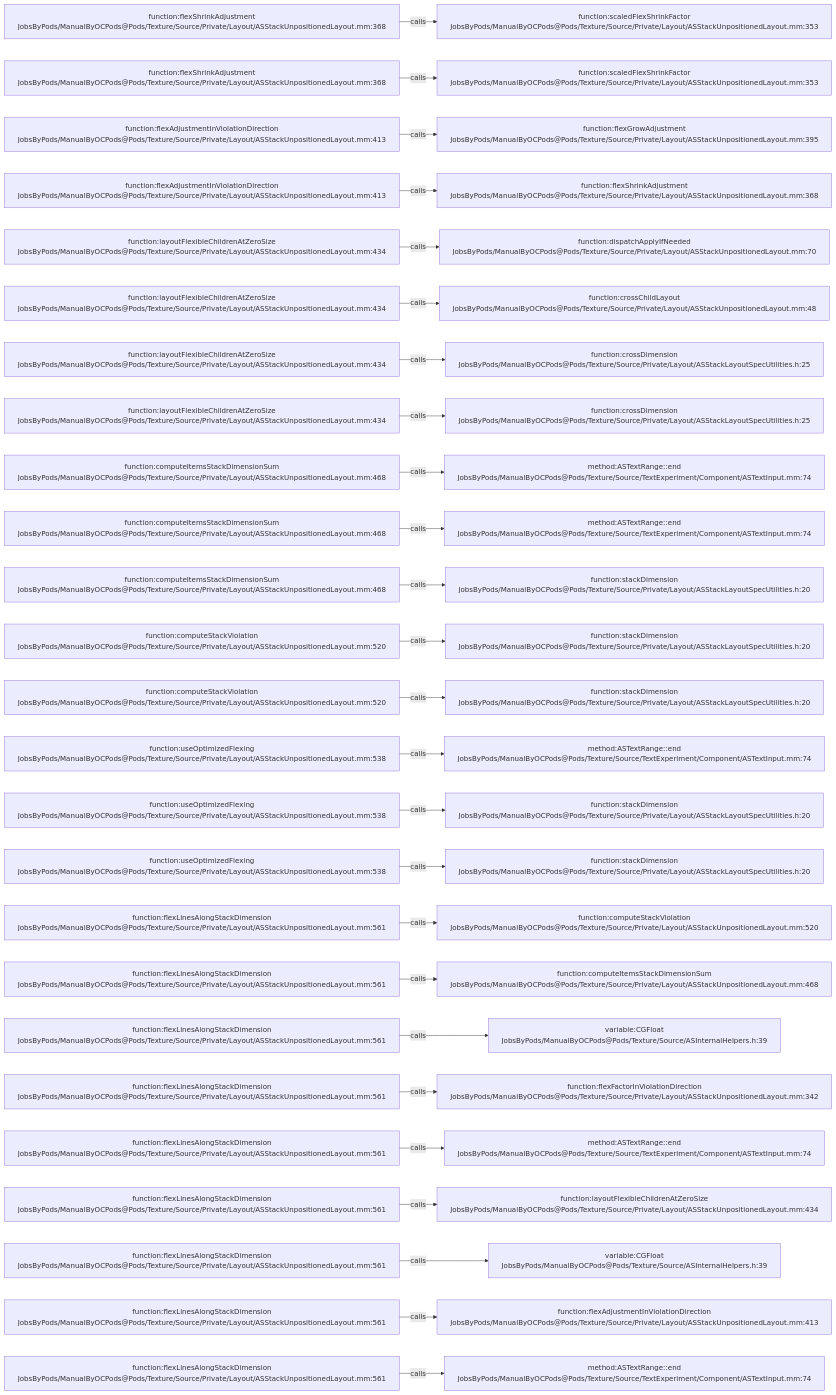
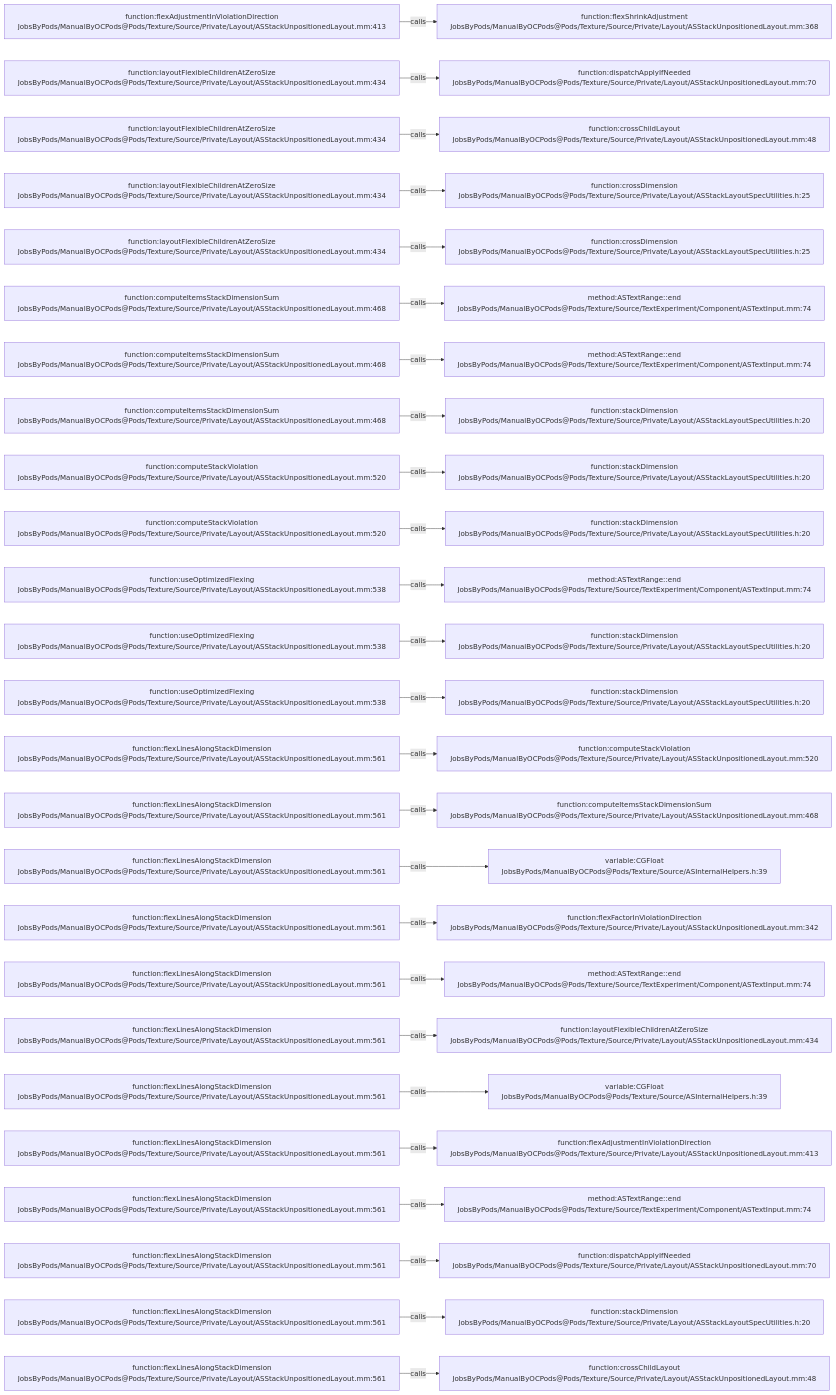
The diagram in .codegraph/codegraph.md/graphs/calls-197.md (JobsKits/JobsOCBaseConfigDemo), drawn with Mermaid before and after one commit. The commit also changed 342 other files, not shown here.

````diff
--- a/.codegraph/codegraph.md/graphs/calls-197.md
+++ b/.codegraph/codegraph.md/graphs/calls-197.md
@@ -13,78 +13,78 @@
 ```mermaid
 flowchart LR
-  S1["function:flexShrinkAdjustment<br/>JobsByPods/ManualByOCPods@Pods/Texture/Source/Private/Layout/ASStackUnpositionedLayout.mm:368"]
-  T1["function:scaledFlexShrinkFactor<br/>JobsByPods/ManualByOCPods@Pods/Texture/Source/Private/Layout/ASStackUnpositionedLayout.mm:353"]
+  S1["function:flexAdjustmentInViolationDirection<br/>JobsByPods/ManualByOCPods@Pods/Texture/Source/Private/Layout/ASStackUnpositionedLayout.mm:413"]
+  T1["function:flexShrinkAdjustment<br/>JobsByPods/ManualByOCPods@Pods/Texture/Source/Private/Layout/ASStackUnpositionedLayout.mm:368"]
   S1 -->|calls| T1
-  S2["function:flexShrinkAdjustment<br/>JobsByPods/ManualByOCPods@Pods/Texture/Source/Private/Layout/ASStackUnpositionedLayout.mm:368"]
-  T2["function:scaledFlexShrinkFactor<br/>JobsByPods/ManualByOCPods@Pods/Texture/Source/Private/Layout/ASStackUnpositionedLayout.mm:353"]
+  S2["function:layoutFlexibleChildrenAtZeroSize<br/>JobsByPods/ManualByOCPods@Pods/Texture/Source/Private/Layout/ASStackUnpositionedLayout.mm:434"]
+  T2["function:dispatchApplyIfNeeded<br/>JobsByPods/ManualByOCPods@Pods/Texture/Source/Private/Layout/ASStackUnpositionedLayout.mm:70"]
   S2 -->|calls| T2
-  S3["function:flexAdjustmentInViolationDirection<br/>JobsByPods/ManualByOCPods@Pods/Texture/Source/Private/Layout/ASStackUnpositionedLayout.mm:413"]
-  T3["function:flexGrowAdjustment<br/>JobsByPods/ManualByOCPods@Pods/Texture/Source/Private/Layout/ASStackUnpositionedLayout.mm:395"]
+  S3["function:layoutFlexibleChildrenAtZeroSize<br/>JobsByPods/ManualByOCPods@Pods/Texture/Source/Private/Layout/ASStackUnpositionedLayout.mm:434"]
+  T3["function:crossChildLayout<br/>JobsByPods/ManualByOCPods@Pods/Texture/Source/Private/Layout/ASStackUnpositionedLayout.mm:48"]
   S3 -->|calls| T3
-  S4["function:flexAdjustmentInViolationDirection<br/>JobsByPods/ManualByOCPods@Pods/Texture/Source/Private/Layout/ASStackUnpositionedLayout.mm:413"]
-  T4["function:flexShrinkAdjustment<br/>JobsByPods/ManualByOCPods@Pods/Texture/Source/Private/Layout/ASStackUnpositionedLayout.mm:368"]
+  S4["function:layoutFlexibleChildrenAtZeroSize<br/>JobsByPods/ManualByOCPods@Pods/Texture/Source/Private/Layout/ASStackUnpositionedLayout.mm:434"]
+  T4["function:crossDimension<br/>JobsByPods/ManualByOCPods@Pods/Texture/Source/Private/Layout/ASStackLayoutSpecUtilities.h:25"]
   S4 -->|calls| T4
   S5["function:layoutFlexibleChildrenAtZeroSize<br/>JobsByPods/ManualByOCPods@Pods/Texture/Source/Private/Layout/ASStackUnpositionedLayout.mm:434"]
-  T5["function:dispatchApplyIfNeeded<br/>JobsByPods/ManualByOCPods@Pods/Texture/Source/Private/Layout/ASStackUnpositionedLayout.mm:70"]
+  T5["function:crossDimension<br/>JobsByPods/ManualByOCPods@Pods/Texture/Source/Private/Layout/ASStackLayoutSpecUtilities.h:25"]
   S5 -->|calls| T5
-  S6["function:layoutFlexibleChildrenAtZeroSize<br/>JobsByPods/ManualByOCPods@Pods/Texture/Source/Private/Layout/ASStackUnpositionedLayout.mm:434"]
-  T6["function:crossChildLayout<br/>JobsByPods/ManualByOCPods@Pods/Texture/Source/Private/Layout/ASStackUnpositionedLayout.mm:48"]
+  S6["function:computeItemsStackDimensionSum<br/>JobsByPods/ManualByOCPods@Pods/Texture/Source/Private/Layout/ASStackUnpositionedLayout.mm:468"]
+  T6["method:ASTextRange::end<br/>JobsByPods/ManualByOCPods@Pods/Texture/Source/TextExperiment/Component/ASTextInput.mm:74"]
   S6 -->|calls| T6
-  S7["function:layoutFlexibleChildrenAtZeroSize<br/>JobsByPods/ManualByOCPods@Pods/Texture/Source/Private/Layout/ASStackUnpositionedLayout.mm:434"]
-  T7["function:crossDimension<br/>JobsByPods/ManualByOCPods@Pods/Texture/Source/Private/Layout/ASStackLayoutSpecUtilities.h:25"]
+  S7["function:computeItemsStackDimensionSum<br/>JobsByPods/ManualByOCPods@Pods/Texture/Source/Private/Layout/ASStackUnpositionedLayout.mm:468"]
+  T7["method:ASTextRange::end<br/>JobsByPods/ManualByOCPods@Pods/Texture/Source/TextExperiment/Component/ASTextInput.mm:74"]
   S7 -->|calls| T7
-  S8["function:layoutFlexibleChildrenAtZeroSize<br/>JobsByPods/ManualByOCPods@Pods/Texture/Source/Private/Layout/ASStackUnpositionedLayout.mm:434"]
-  T8["function:crossDimension<br/>JobsByPods/ManualByOCPods@Pods/Texture/Source/Private/Layout/ASStackLayoutSpecUtilities.h:25"]
+  S8["function:computeItemsStackDimensionSum<br/>JobsByPods/ManualByOCPods@Pods/Texture/Source/Private/Layout/ASStackUnpositionedLayout.mm:468"]
+  T8["function:stackDimension<br/>JobsByPods/ManualByOCPods@Pods/Texture/Source/Private/Layout/ASStackLayoutSpecUtilities.h:20"]
   S8 -->|calls| T8
-  S9["function:computeItemsStackDimensionSum<br/>JobsByPods/ManualByOCPods@Pods/Texture/Source/Private/Layout/ASStackUnpositionedLayout.mm:468"]
-  T9["method:ASTextRange::end<br/>JobsByPods/ManualByOCPods@Pods/Texture/Source/TextExperiment/Component/ASTextInput.mm:74"]
+  S9["function:computeStackViolation<br/>JobsByPods/ManualByOCPods@Pods/Texture/Source/Private/Layout/ASStackUnpositionedLayout.mm:520"]
+  T9["function:stackDimension<br/>JobsByPods/ManualByOCPods@Pods/Texture/Source/Private/Layout/ASStackLayoutSpecUtilities.h:20"]
   S9 -->|calls| T9
-  S10["function:computeItemsStackDimensionSum<br/>JobsByPods/ManualByOCPods@Pods/Texture/Source/Private/Layout/ASStackUnpositionedLayout.mm:468"]
-  T10["method:ASTextRange::end<br/>JobsByPods/ManualByOCPods@Pods/Texture/Source/TextExperiment/Component/ASTextInput.mm:74"]
+  S10["function:computeStackViolation<br/>JobsByPods/ManualByOCPods@Pods/Texture/Source/Private/Layout/ASStackUnpositionedLayout.mm:520"]
+  T10["function:stackDimension<br/>JobsByPods/ManualByOCPods@Pods/Texture/Source/Private/Layout/ASStackLayoutSpecUtilities.h:20"]
   S10 -->|calls| T10
-  S11["function:computeItemsStackDimensionSum<br/>JobsByPods/ManualByOCPods@Pods/Texture/Source/Private/Layout/ASStackUnpositionedLayout.mm:468"]
-  T11["function:stackDimension<br/>JobsByPods/ManualByOCPods@Pods/Texture/Source/Private/Layout/ASStackLayoutSpecUtilities.h:20"]
+  S11["function:useOptimizedFlexing<br/>JobsByPods/ManualByOCPods@Pods/Texture/Source/Private/Layout/ASStackUnpositionedLayout.mm:538"]
+  T11["method:ASTextRange::end<br/>JobsByPods/ManualByOCPods@Pods/Texture/Source/TextExperiment/Component/ASTextInput.mm:74"]
   S11 -->|calls| T11
-  S12["function:computeStackViolation<br/>JobsByPods/ManualByOCPods@Pods/Texture/Source/Private/Layout/ASStackUnpositionedLayout.mm:520"]
+  S12["function:useOptimizedFlexing<br/>JobsByPods/ManualByOCPods@Pods/Texture/Source/Private/Layout/ASStackUnpositionedLayout.mm:538"]
   T12["function:stackDimension<br/>JobsByPods/ManualByOCPods@Pods/Texture/Source/Private/Layout/ASStackLayoutSpecUtilities.h:20"]
   S12 -->|calls| T12
-  S13["function:computeStackViolation<br/>JobsByPods/ManualByOCPods@Pods/Texture/Source/Private/Layout/ASStackUnpositionedLayout.mm:520"]
+  S13["function:useOptimizedFlexing<br/>JobsByPods/ManualByOCPods@Pods/Texture/Source/Private/Layout/ASStackUnpositionedLayout.mm:538"]
   T13["function:stackDimension<br/>JobsByPods/ManualByOCPods@Pods/Texture/Source/Private/Layout/ASStackLayoutSpecUtilities.h:20"]
   S13 -->|calls| T13
-  S14["function:useOptimizedFlexing<br/>JobsByPods/ManualByOCPods@Pods/Texture/Source/Private/Layout/ASStackUnpositionedLayout.mm:538"]
-  T14["method:ASTextRange::end<br/>JobsByPods/ManualByOCPods@Pods/Texture/Source/TextExperiment/Component/ASTextInput.mm:74"]
+  S14["function:flexLinesAlongStackDimension<br/>JobsByPods/ManualByOCPods@Pods/Texture/Source/Private/Layout/ASStackUnpositionedLayout.mm:561"]
+  T14["function:computeStackViolation<br/>JobsByPods/ManualByOCPods@Pods/Texture/Source/Private/Layout/ASStackUnpositionedLayout.mm:520"]
   S14 -->|calls| T14
-  S15["function:useOptimizedFlexing<br/>JobsByPods/ManualByOCPods@Pods/Texture/Source/Private/Layout/ASStackUnpositionedLayout.mm:538"]
-  T15["function:stackDimension<br/>JobsByPods/ManualByOCPods@Pods/Texture/Source/Private/Layout/ASStackLayoutSpecUtilities.h:20"]
+  S15["function:flexLinesAlongStackDimension<br/>JobsByPods/ManualByOCPods@Pods/Texture/Source/Private/Layout/ASStackUnpositionedLayout.mm:561"]
+  T15["function:computeItemsStackDimensionSum<br/>JobsByPods/ManualByOCPods@Pods/Texture/Source/Private/Layout/ASStackUnpositionedLayout.mm:468"]
   S15 -->|calls| T15
-  S16["function:useOptimizedFlexing<br/>JobsByPods/ManualByOCPods@Pods/Texture/Source/Private/Layout/ASStackUnpositionedLayout.mm:538"]
-  T16["function:stackDimension<br/>JobsByPods/ManualByOCPods@Pods/Texture/Source/Private/Layout/ASStackLayoutSpecUtilities.h:20"]
+  S16["function:flexLinesAlongStackDimension<br/>JobsByPods/ManualByOCPods@Pods/Texture/Source/Private/Layout/ASStackUnpositionedLayout.mm:561"]
+  T16["variable:CGFloat<br/>JobsByPods/ManualByOCPods@Pods/Texture/Source/ASInternalHelpers.h:39"]
   S16 -->|calls| T16
   S17["function:flexLinesAlongStackDimension<br/>JobsByPods/ManualByOCPods@Pods/Texture/Source/Private/Layout/ASStackUnpositionedLayout.mm:561"]
-  T17["function:computeStackViolation<br/>JobsByPods/ManualByOCPods@Pods/Texture/Source/Private/Layout/ASStackUnpositionedLayout.mm:520"]
+  T17["function:flexFactorInViolationDirection<br/>JobsByPods/ManualByOCPods@Pods/Texture/Source/Private/Layout/ASStackUnpositionedLayout.mm:342"]
   S17 -->|calls| T17
   S18["function:flexLinesAlongStackDimension<br/>JobsByPods/ManualByOCPods@Pods/Texture/Source/Private/Layout/ASStackUnpositionedLayout.mm:561"]
-  T18["function:computeItemsStackDimensionSum<br/>JobsByPods/ManualByOCPods@Pods/Texture/Source/Private/Layout/ASStackUnpositionedLayout.mm:468"]
+  T18["method:ASTextRange::end<br/>JobsByPods/ManualByOCPods@Pods/Texture/Source/TextExperiment/Component/ASTextInput.mm:74"]
   S18 -->|calls| T18
   S19["function:flexLinesAlongStackDimension<br/>JobsByPods/ManualByOCPods@Pods/Texture/Source/Private/Layout/ASStackUnpositionedLayout.mm:561"]
-  T19["variable:CGFloat<br/>JobsByPods/ManualByOCPods@Pods/Texture/Source/ASInternalHelpers.h:39"]
+  T19["function:layoutFlexibleChildrenAtZeroSize<br/>JobsByPods/ManualByOCPods@Pods/Texture/Source/Private/Layout/ASStackUnpositionedLayout.mm:434"]
   S19 -->|calls| T19
   S20["function:flexLinesAlongStackDimension<br/>JobsByPods/ManualByOCPods@Pods/Texture/Source/Private/Layout/ASStackUnpositionedLayout.mm:561"]
-  T20["function:flexFactorInViolationDirection<br/>JobsByPods/ManualByOCPods@Pods/Texture/Source/Private/Layout/ASStackUnpositionedLayout.mm:342"]
+  T20["variable:CGFloat<br/>JobsByPods/ManualByOCPods@Pods/Texture/Source/ASInternalHelpers.h:39"]
   S20 -->|calls| T20
   S21["function:flexLinesAlongStackDimension<br/>JobsByPods/ManualByOCPods@Pods/Texture/Source/Private/Layout/ASStackUnpositionedLayout.mm:561"]
-  T21["method:ASTextRange::end<br/>JobsByPods/ManualByOCPods@Pods/Texture/Source/TextExperiment/Component/ASTextInput.mm:74"]
+  T21["function:flexAdjustmentInViolationDirection<br/>JobsByPods/ManualByOCPods@Pods/Texture/Source/Private/Layout/ASStackUnpositionedLayout.mm:413"]
   S21 -->|calls| T21
   S22["function:flexLinesAlongStackDimension<br/>JobsByPods/ManualByOCPods@Pods/Texture/Source/Private/Layout/ASStackUnpositionedLayout.mm:561"]
-  T22["function:layoutFlexibleChildrenAtZeroSize<br/>JobsByPods/ManualByOCPods@Pods/Texture/Source/Private/Layout/ASStackUnpositionedLayout.mm:434"]
+  T22["method:ASTextRange::end<br/>JobsByPods/ManualByOCPods@Pods/Texture/Source/TextExperiment/Component/ASTextInput.mm:74"]
   S22 -->|calls| T22
   S23["function:flexLinesAlongStackDimension<br/>JobsByPods/ManualByOCPods@Pods/Texture/Source/Private/Layout/ASStackUnpositionedLayout.mm:561"]
-  T23["variable:CGFloat<br/>JobsByPods/ManualByOCPods@Pods/Texture/Source/ASInternalHelpers.h:39"]
+  T23["function:dispatchApplyIfNeeded<br/>JobsByPods/ManualByOCPods@Pods/Texture/Source/Private/Layout/ASStackUnpositionedLayout.mm:70"]
   S23 -->|calls| T23
   S24["function:flexLinesAlongStackDimension<br/>JobsByPods/ManualByOCPods@Pods/Texture/Source/Private/Layout/ASStackUnpositionedLayout.mm:561"]
-  T24["function:flexAdjustmentInViolationDirection<br/>JobsByPods/ManualByOCPods@Pods/Texture/Source/Private/Layout/ASStackUnpositionedLayout.mm:413"]
+  T24["function:stackDimension<br/>JobsByPods/ManualByOCPods@Pods/Texture/Source/Private/Layout/ASStackLayoutSpecUtilities.h:20"]
   S24 -->|calls| T24
   S25["function:flexLinesAlongStackDimension<br/>JobsByPods/ManualByOCPods@Pods/Texture/Source/Private/Layout/ASStackUnpositionedLayout.mm:561"]
-  T25["method:ASTextRange::end<br/>JobsByPods/ManualByOCPods@Pods/Texture/Source/TextExperiment/Component/ASTextInput.mm:74"]
+  T25["function:crossChildLayout<br/>JobsByPods/ManualByOCPods@Pods/Texture/Source/Private/Layout/ASStackUnpositionedLayout.mm:48"]
   S25 -->|calls| T25
 ```
````
